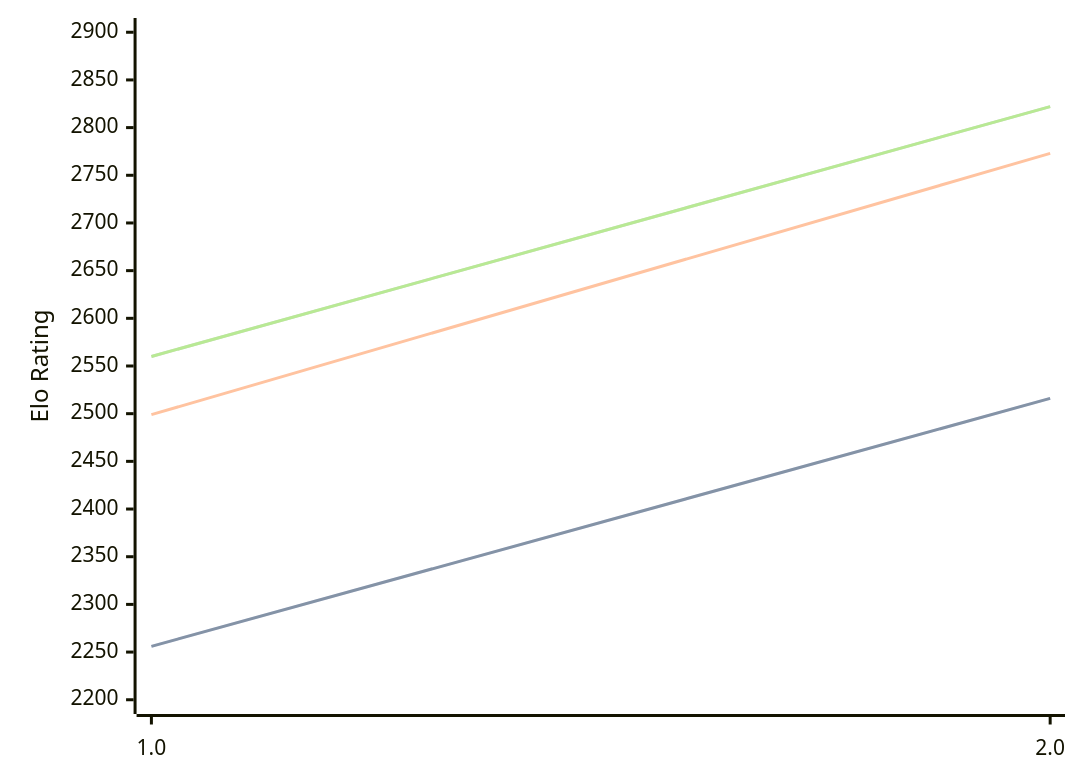
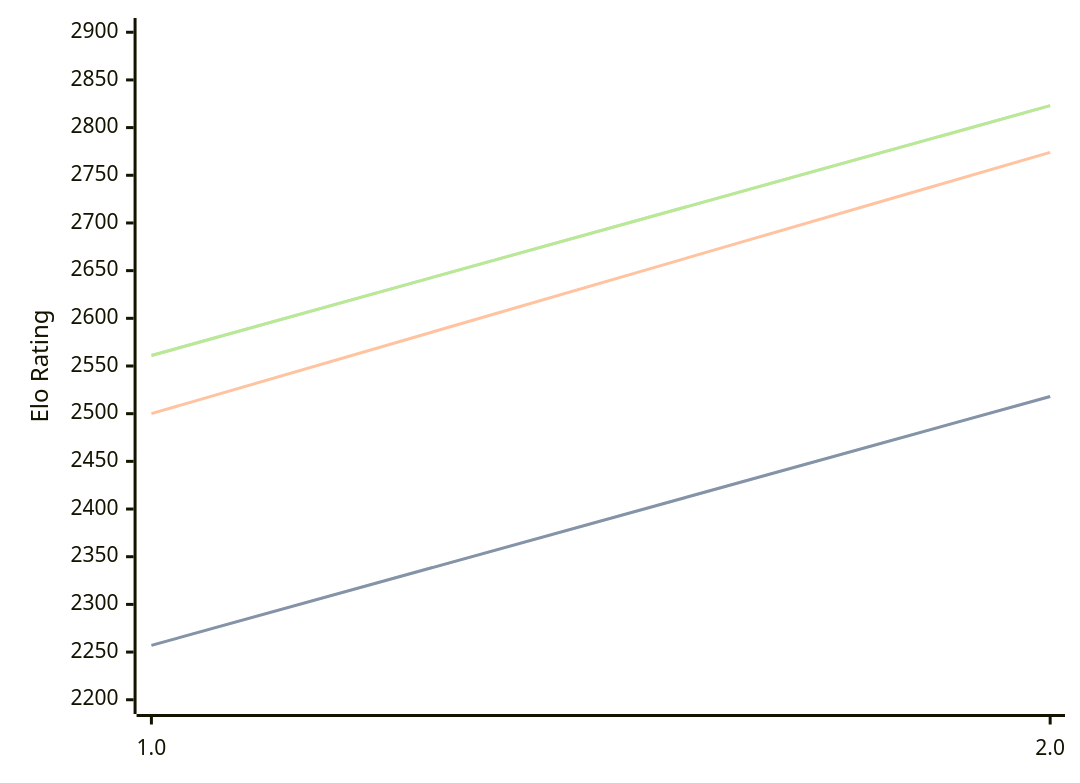
The diagram in engines/Revolver.md (computer-chess-index/cci), drawn with Mermaid before and after one commit. The commit also changed other lines of this file, not shown here.

Commit message:
Update CCI Ratings (ELO VLTC) - 2026-08-26

````diff
--- a/engines/Revolver.md
+++ b/engines/Revolver.md
@@ -32,11 +32,11 @@
 ```mermaid
 %%{init: {"theme":"base","themeVariables":{"seriesColors:['#a3a3a3','#222221','#faa371']}}}%%
 xychart-beta
   x-axis ["1.0", "2.0"]
   y-axis "Elo Rating" 2200 --> 2900
-  line "STC (8.0+0.08s)" [2256, 2516]
-  line "STC (8.0+0.08s)" [2256, 2516]
-  line "LTC (60.0+0.60s)" [2499, 2773]
-  line "VLTC (2m24s+1.12s)" [2560, 2822]
-  line "VLTC (2m24s+1.12s)" [2560, 2822]
+  line "STC (8.0+0.08s)" [2257, 2518]
+  line "STC (8.0+0.08s)" [2257, 2518]
+  line "LTC (60.0+0.60s)" [2500, 2774]
+  line "VLTC (2m24s+1.12s)" [2561, 2823]
+  line "VLTC (2m24s+1.12s)" [2561, 2823]
 ```
````
